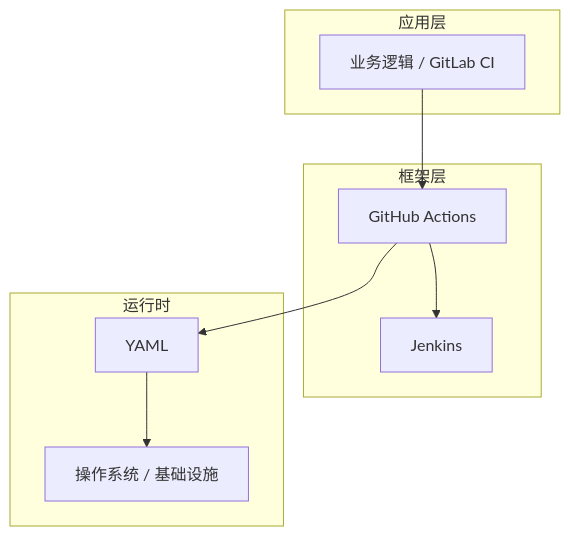
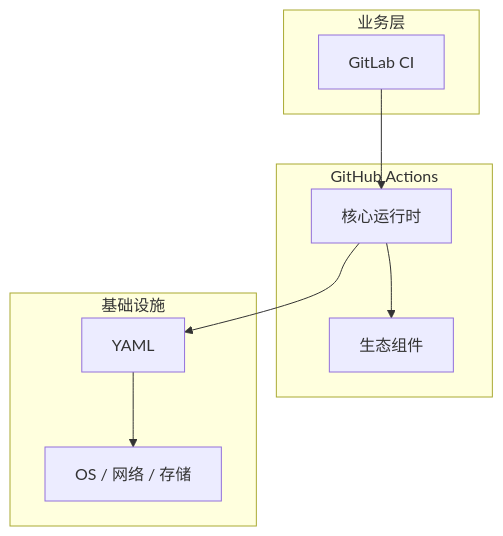
The diagram in articles/CI与CD/chapters/036-GitLab-CI核心概念与原理.md (yanggan2015/knowledge-json-v2), drawn with Mermaid before and after one commit. The commit also changed other lines of this file and 10127 other files, not shown here.

````diff
--- a/articles/CI与CD/chapters/036-GitLab-CI核心概念与原理.md
+++ b/articles/CI与CD/chapters/036-GitLab-CI核心概念与原理.md
@@ -45,18 +34,18 @@
 ```mermaid
 graph TB
-    subgraph 应用层
-        A[业务逻辑 / GitLab CI]
+    subgraph 业务层
+        A[GitLab CI]
     end
-    subgraph 框架层
-        B[GitHub Actions]
-        C[Jenkins]
+    subgraph GitHub Actions
+        B[核心运行时]
+        C[生态组件]
     end
-    subgraph 运行时
+    subgraph 基础设施
         D[YAML]
-        E[操作系统 / 基础设施]
+        E[OS / 网络 / 存储]
     end
     A --> B
     B --> C
     B --> D
     D --> E
 ```
````
